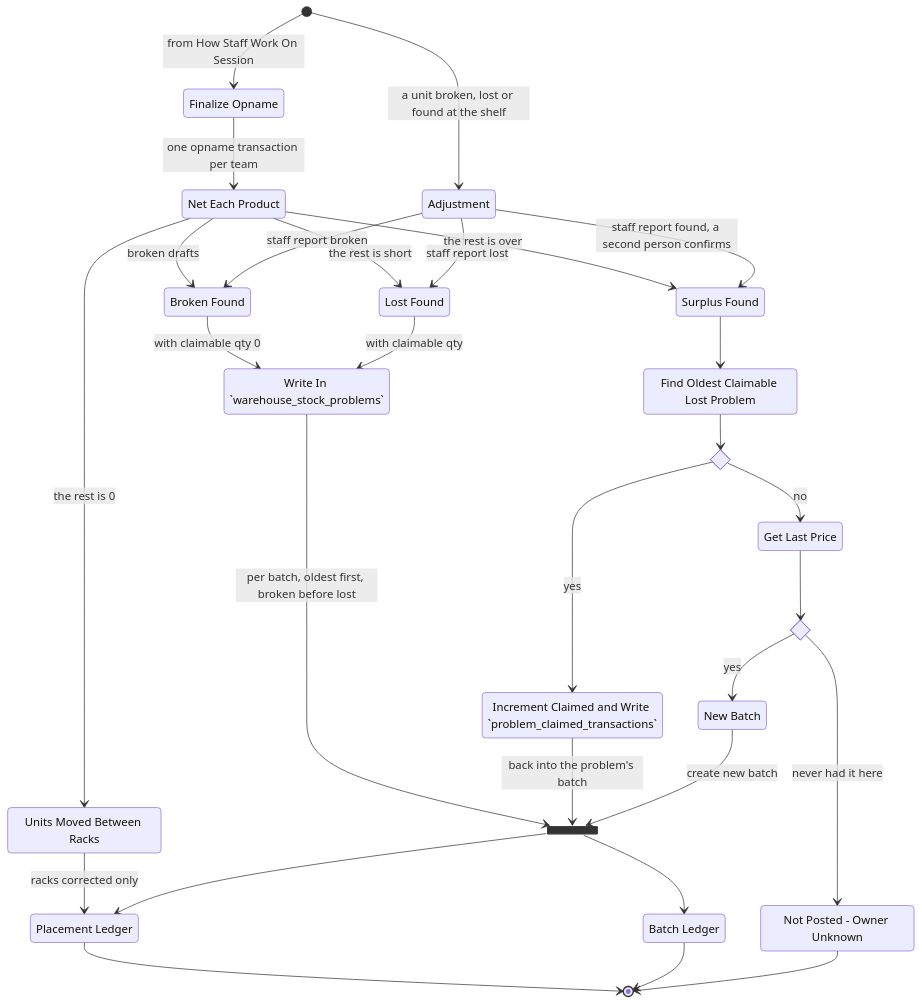
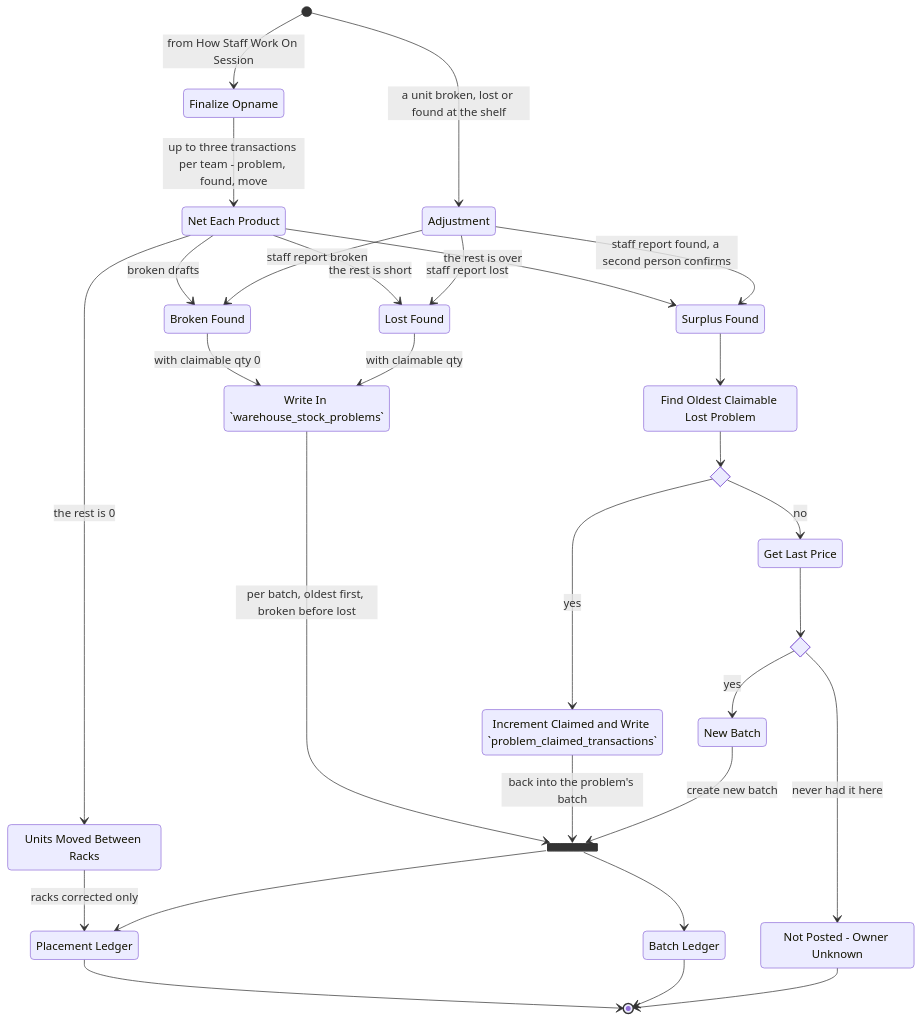
Before and after one commit to pdcgo/warehouse_revamp: the fourth of 4 diagrams in docs/business/inventory/opname.md, drawn with Mermaid. The commit also changed other lines of this file and 14 other files, not shown here.

First line of the commit message:
docs(opname): the last four stock-count questions decided; opname.md matches its transactions

````diff
--- a/docs/business/inventory/opname.md
+++ b/docs/business/inventory/opname.md
@@ -253,57 +254,57 @@
 ```mermaid
 stateDiagram-v2
 
 state "Finalize Opname" as finalize
 state "Adjustment" as adjust
 state "Net Each Product" as net
 state "Broken Found" as broken
 state "Lost Found" as lost
 state "Surplus Found" as surplus
 state "Units Moved Between Racks" as moved
 state "Write In `warehouse_stock_problems`" as stockprob
 state "Find Oldest Claimable Lost Problem" as find
 state is_found <<choice>>
 state "Increment Claimed and Write `problem_claimed_transactions`" as inc
 state "Get Last Price" as last
 state has_price <<choice>>
 state "New Batch" as newbatch
 state "Not Posted - Owner Unknown" as hold
 state ledger <<fork>>
 state "Placement Ledger" as pledger
 state "Batch Ledger" as bledger
 
 [*]-->finalize: from How Staff Work On Session
 [*]-->adjust: a unit broken, lost or found at the shelf
 
-finalize-->net: one opname transaction per team
+finalize-->net: up to three transactions per team - problem, found, move
 net-->broken: broken drafts
 net-->lost: the rest is short
 net-->surplus: the rest is over
 net-->moved: the rest is 0
 
 adjust-->broken: staff report broken
 adjust-->lost: staff report lost
 adjust-->surplus: staff report found, a second person confirms
 
 broken-->stockprob: with claimable qty 0
 lost-->stockprob: with claimable qty
 stockprob-->ledger: per batch, oldest first, broken before lost
 
 surplus-->find
 find-->is_found
 is_found-->inc: yes
 is_found-->last: no
 inc-->ledger: back into the problem's batch
 last-->has_price
 has_price-->newbatch: yes
 has_price-->hold: never had it here
 newbatch-->ledger: create new batch
 
 moved-->pledger: racks corrected only
 ledger-->pledger
 ledger-->bledger
 
 pledger-->[*]
 bledger-->[*]
 hold-->[*]
 ```
````
